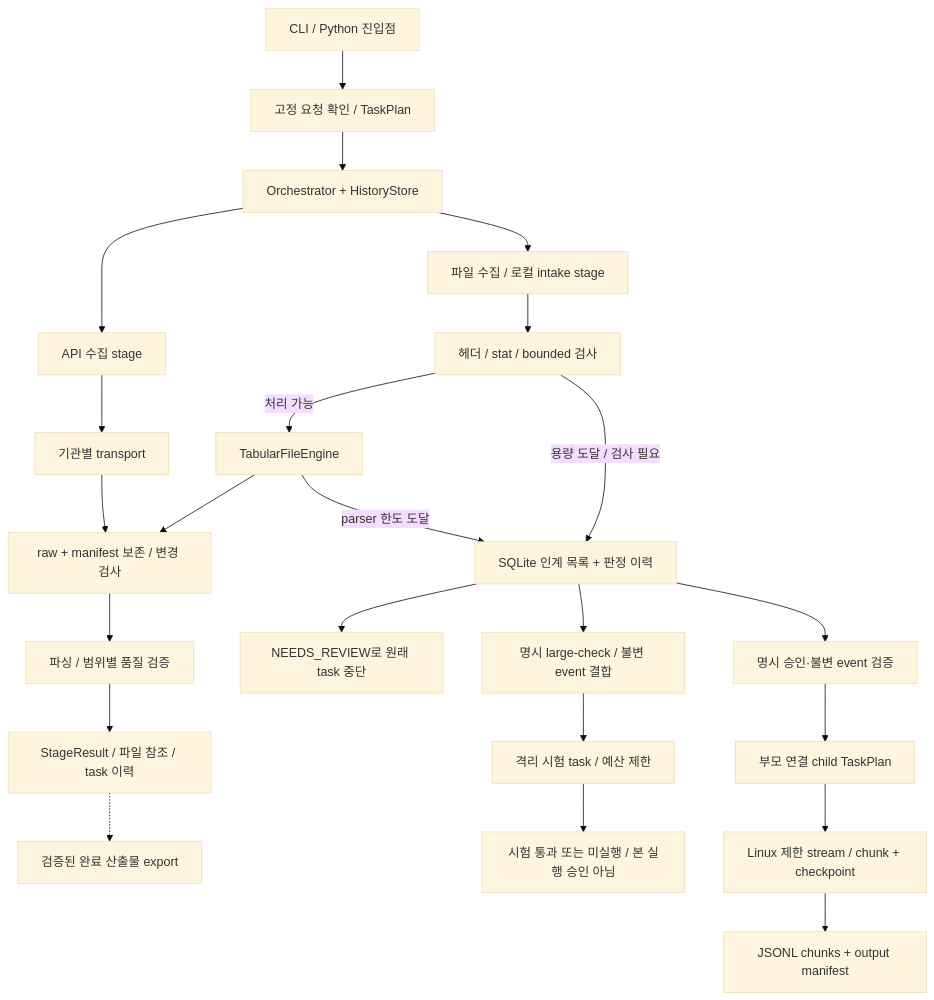
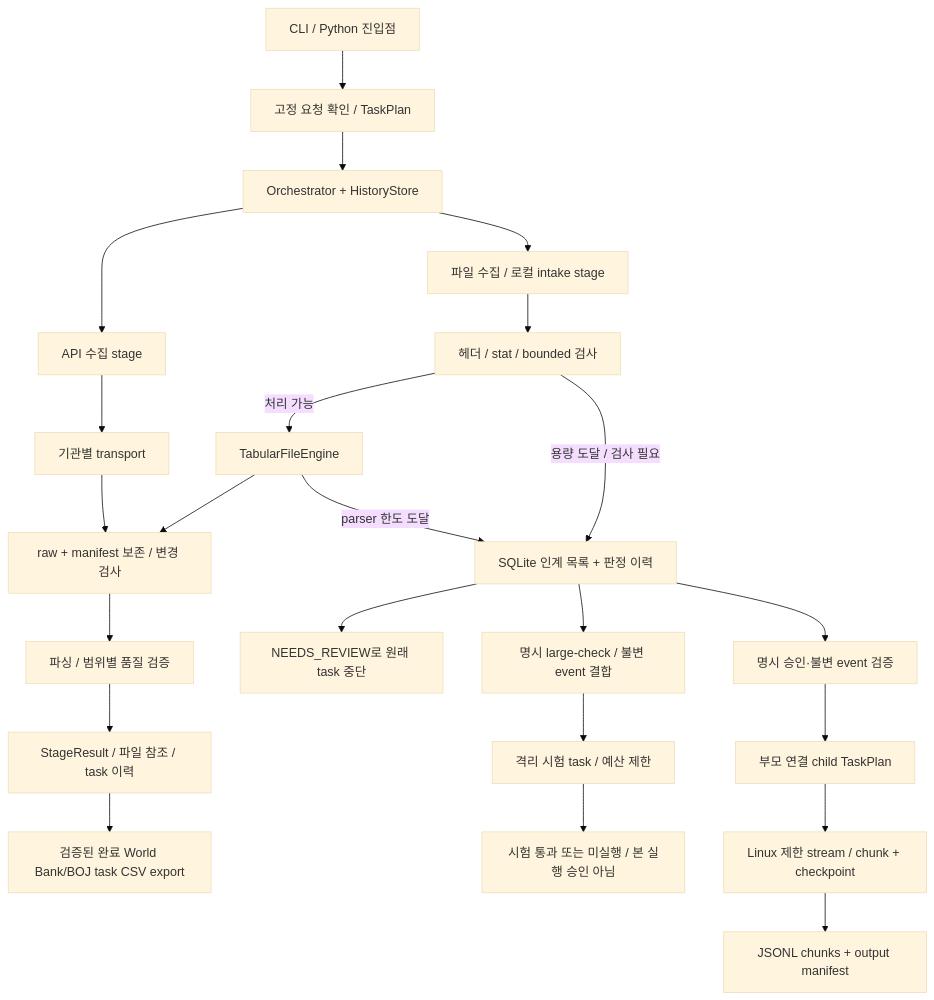
The diagram in docs/ENGINE_CONNECTIONS.md (jaeu983-lang/MacroAtlas), drawn with Mermaid (base theme) before and after one commit. The commit also changed other lines of this file and 17 other files, not shown here.

Commit message:
Add verified World Bank and BOJ CSV export

````diff
--- a/docs/ENGINE_CONNECTIONS.md
+++ b/docs/ENGINE_CONNECTIONS.md
@@ -8,25 +8,25 @@
 ```mermaid
 flowchart TD
     CLI[CLI / Python 진입점] --> PLAN[고정 요청 확인 / TaskPlan]
     PLAN --> RUN[Orchestrator + HistoryStore]
     RUN --> API[API 수집 stage]
     RUN --> FILE[파일 수집 / 로컬 intake stage]
     API --> HTTP[기관별 transport]
     HTTP --> RAW[raw + manifest 보존 / 변경 검사]
     RAW --> VALID[파싱 / 범위별 품질 검증]
     FILE --> SIZE[헤더 / stat / bounded 검사]
     SIZE -->|처리 가능| SMALL[TabularFileEngine]
     SMALL --> RAW
     SIZE -->|용량 도달 / 검사 필요| DEFER[SQLite 인계 목록 + 판정 이력]
     SMALL -->|parser 한도 도달| DEFER
     VALID --> RESULT[StageResult / 파일 참조 / task 이력]
     DEFER --> STOP[NEEDS_REVIEW로 원래 task 중단]
     DEFER --> TRIAL[명시 large-check / 불변 event 결합]
     TRIAL --> QUAL[격리 시험 task / 예산 제한]
     QUAL --> PROOF[시험 통과 또는 미실행 / 본 실행 승인 아님]
     DEFER --> HANDOFF[명시 승인·불변 event 검증]
     HANDOFF --> CHILD[부모 연결 child TaskPlan]
     CHILD --> LARGE[Linux 제한 stream / chunk + checkpoint]
     LARGE --> ARTIFACT[JSONL chunks + output manifest]
-    RESULT -.-> EXPORT[검증된 완료 산출물 export]
+    RESULT --> EXPORT[검증된 완료 World Bank/BOJ task CSV export]
 ```
````
